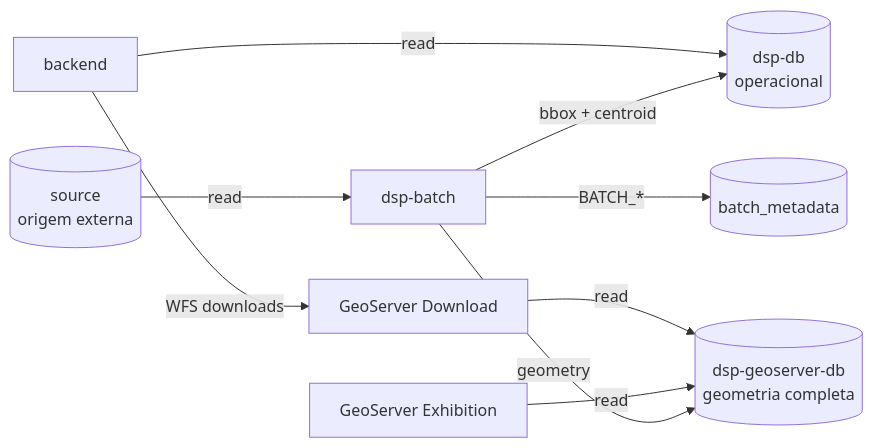
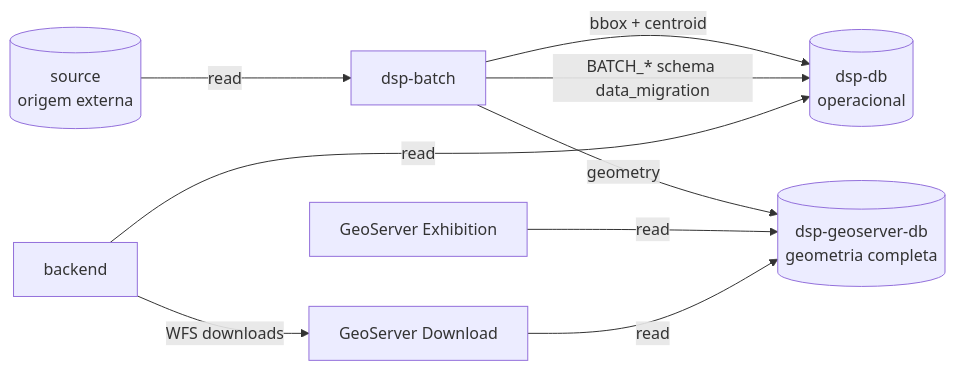
Before and after one commit to kleber-albino/rer-dsp-docs: the first of 2 diagrams in docs/architecture/databases.md, drawn with Mermaid. The commit also changed other lines of this file and 7 other files, not shown here.

````diff
--- a/docs/architecture/databases.md
+++ b/docs/architecture/databases.md
@@ -23,20 +23,19 @@
 ```mermaid
 flowchart LR
   src[(source<br/>origem externa)]
   job[dsp-batch]
   dsp[(dsp-db<br/>operacional)]
   ex[(dsp-geoserver-db<br/>geometria completa)]
-  batch[(batch_metadata)]
   api[backend]
   gsEx[GeoServer Exhibition]
   gsDl[GeoServer Download]
 
   src -->|read| job
   job -->|bbox + centroid| dsp
   job -->|geometry| ex
-  job -->|BATCH_*| batch
+  job -->|BATCH_* schema data_migration| dsp
   api -->|read| dsp
   api -->|WFS downloads| gsDl
   gsEx -->|read| ex
   gsDl -->|read| ex
 ```
````
